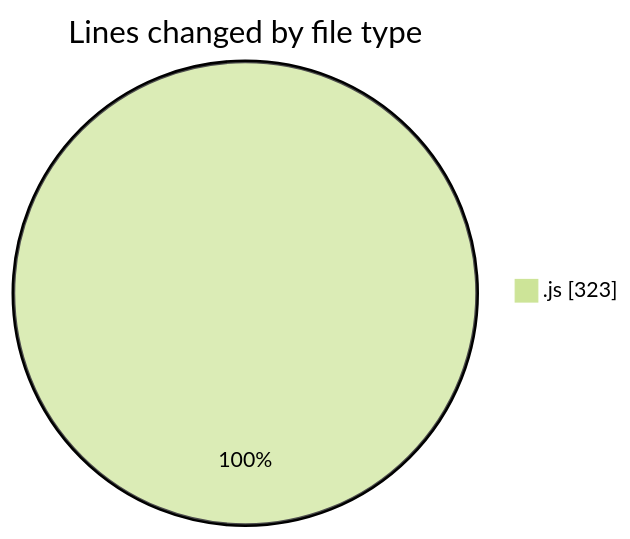
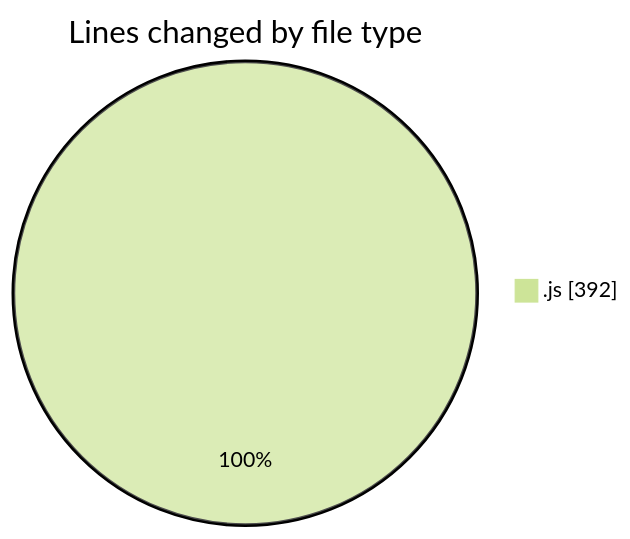
The first of 2 diagrams in 2025-07-21/javascript/README.md (Ritupan-Deka/code-tracking), drawn with Mermaid (forest theme) before and after one commit. The commit also changed other lines of this file and 1 other file, not shown here.

````diff
--- a/2025-07-21/javascript/README.md
+++ b/2025-07-21/javascript/README.md
@@ -22,5 +22,5 @@
 ```mermaid
 pie showData
 title Lines changed by file type
-".js" : 323
+".js" : 392
 ```
````
